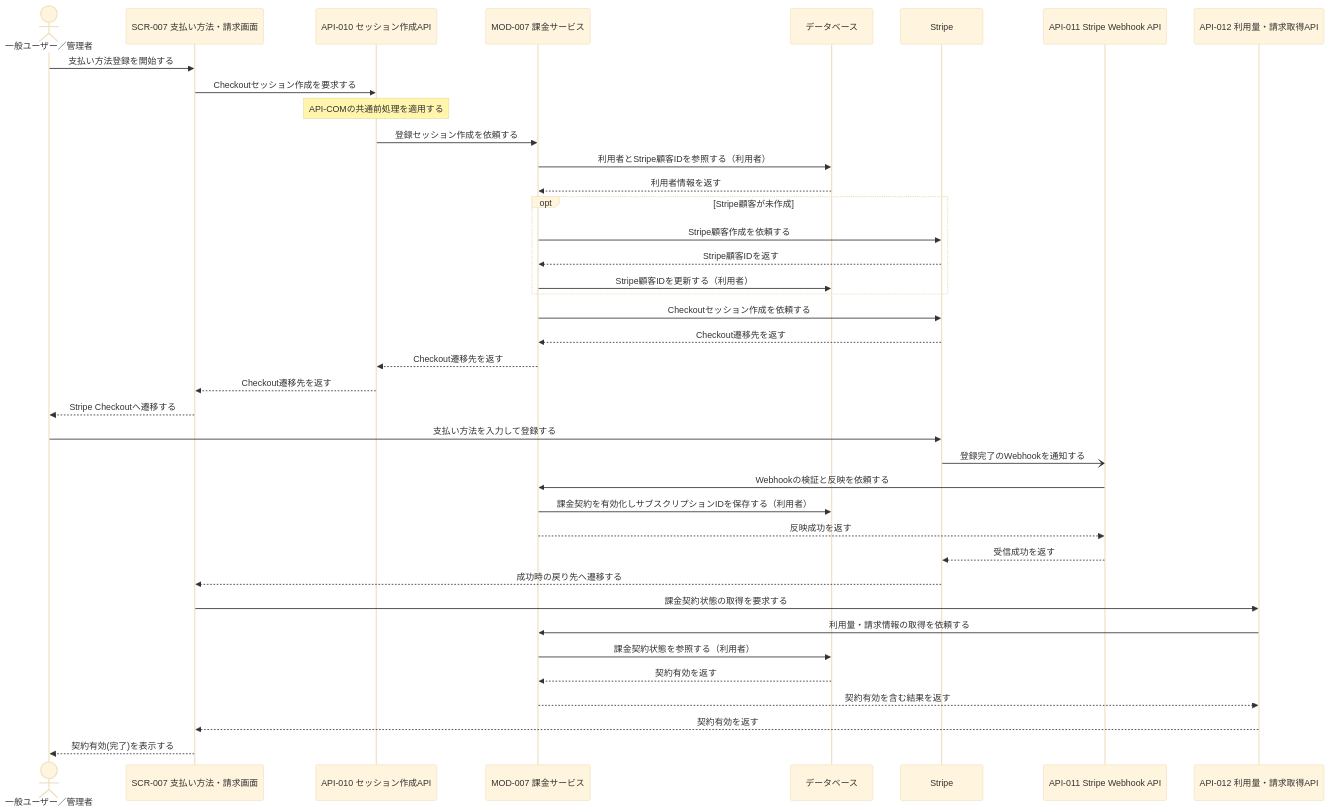
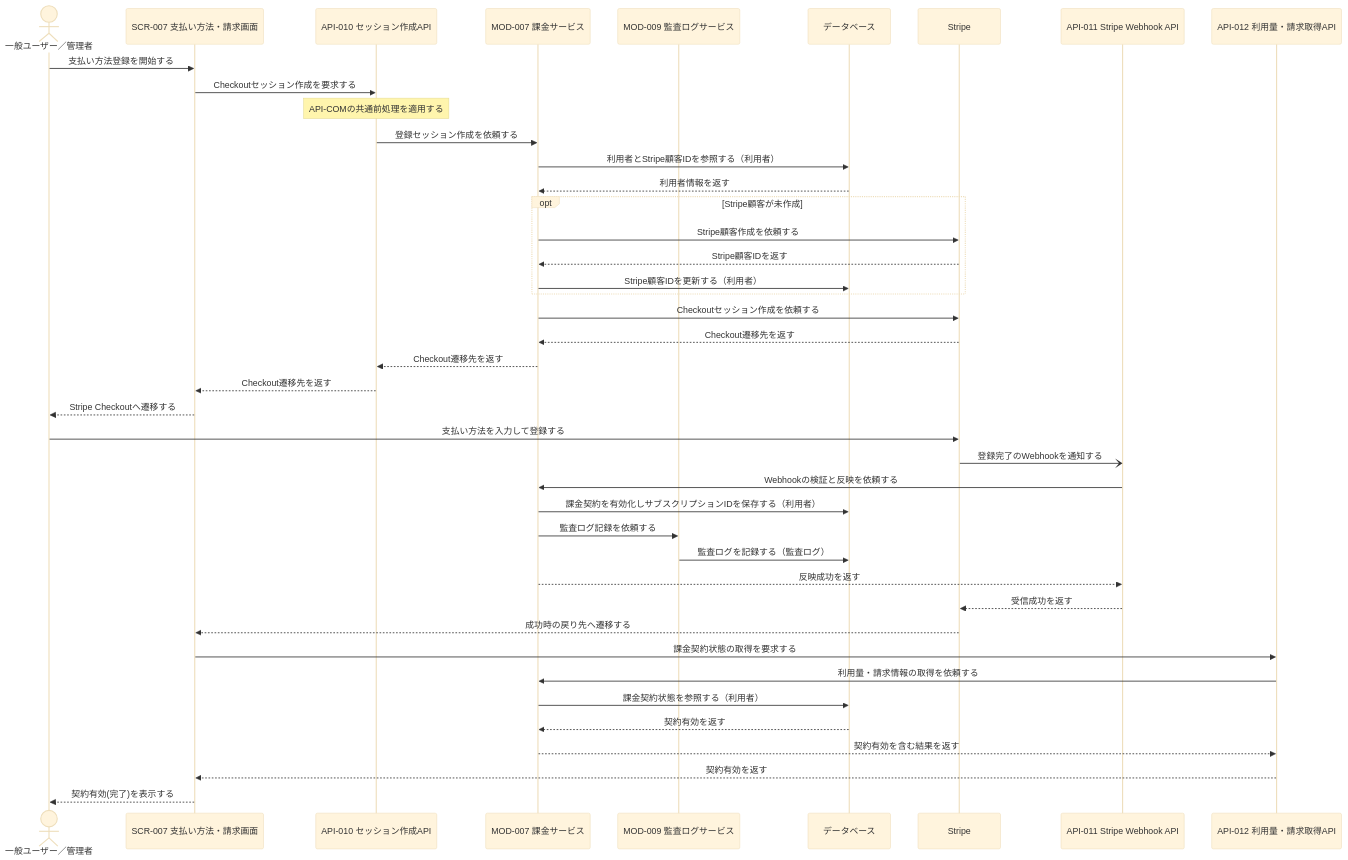
Before and after one commit to sikakou54/system-document-template: the first of 3 diagrams in docs/03_機能設計/02_シーケンス設計/SEQ-004_支払い方法登録シーケンス.md, drawn with Mermaid (base theme). The commit also changed other lines of this file and 136 other files, not shown here.

````diff
--- a/docs/03_機能設計/02_シーケンス設計/SEQ-004_支払い方法登録シーケンス.md
+++ b/docs/03_機能設計/02_シーケンス設計/SEQ-004_支払い方法登録シーケンス.md
@@ -34,42 +43,45 @@
 ```mermaid
 sequenceDiagram
     actor U as 一般ユーザー／管理者
     participant UI as SCR-007 支払い方法・請求画面
     participant API10 as API-010 セッション作成API
     participant MOD as MOD-007 課金サービス
+    participant AUDIT as MOD-009 監査ログサービス
     participant DB as データベース
     participant STR as Stripe
     participant API11 as API-011 Stripe Webhook API
     participant API12 as API-012 利用量・請求取得API
 
     U->>UI: 支払い方法登録を開始する
     UI->>API10: Checkoutセッション作成を要求する
     Note over API10: API-COMの共通前処理を適用する
     API10->>MOD: 登録セッション作成を依頼する
     MOD->>DB: 利用者とStripe顧客IDを参照する（利用者）
     DB-->>MOD: 利用者情報を返す
     opt Stripe顧客が未作成
         MOD->>STR: Stripe顧客作成を依頼する
         STR-->>MOD: Stripe顧客IDを返す
         MOD->>DB: Stripe顧客IDを更新する（利用者）
     end
     MOD->>STR: Checkoutセッション作成を依頼する
     STR-->>MOD: Checkout遷移先を返す
     MOD-->>API10: Checkout遷移先を返す
     API10-->>UI: Checkout遷移先を返す
     UI-->>U: Stripe Checkoutへ遷移する
     U->>STR: 支払い方法を入力して登録する
     STR-)API11: 登録完了のWebhookを通知する
     API11->>MOD: Webhookの検証と反映を依頼する
     MOD->>DB: 課金契約を有効化しサブスクリプションIDを保存する（利用者）
+    MOD->>AUDIT: 監査ログ記録を依頼する
+    AUDIT->>DB: 監査ログを記録する（監査ログ）
     MOD-->>API11: 反映成功を返す
     API11-->>STR: 受信成功を返す
     STR-->>UI: 成功時の戻り先へ遷移する
     UI->>API12: 課金契約状態の取得を要求する
     API12->>MOD: 利用量・請求情報の取得を依頼する
     MOD->>DB: 課金契約状態を参照する（利用者）
     DB-->>MOD: 契約有効を返す
     MOD-->>API12: 契約有効を含む結果を返す
     API12-->>UI: 契約有効を返す
     UI-->>U: 契約有効(完了)を表示する
 ```
````
